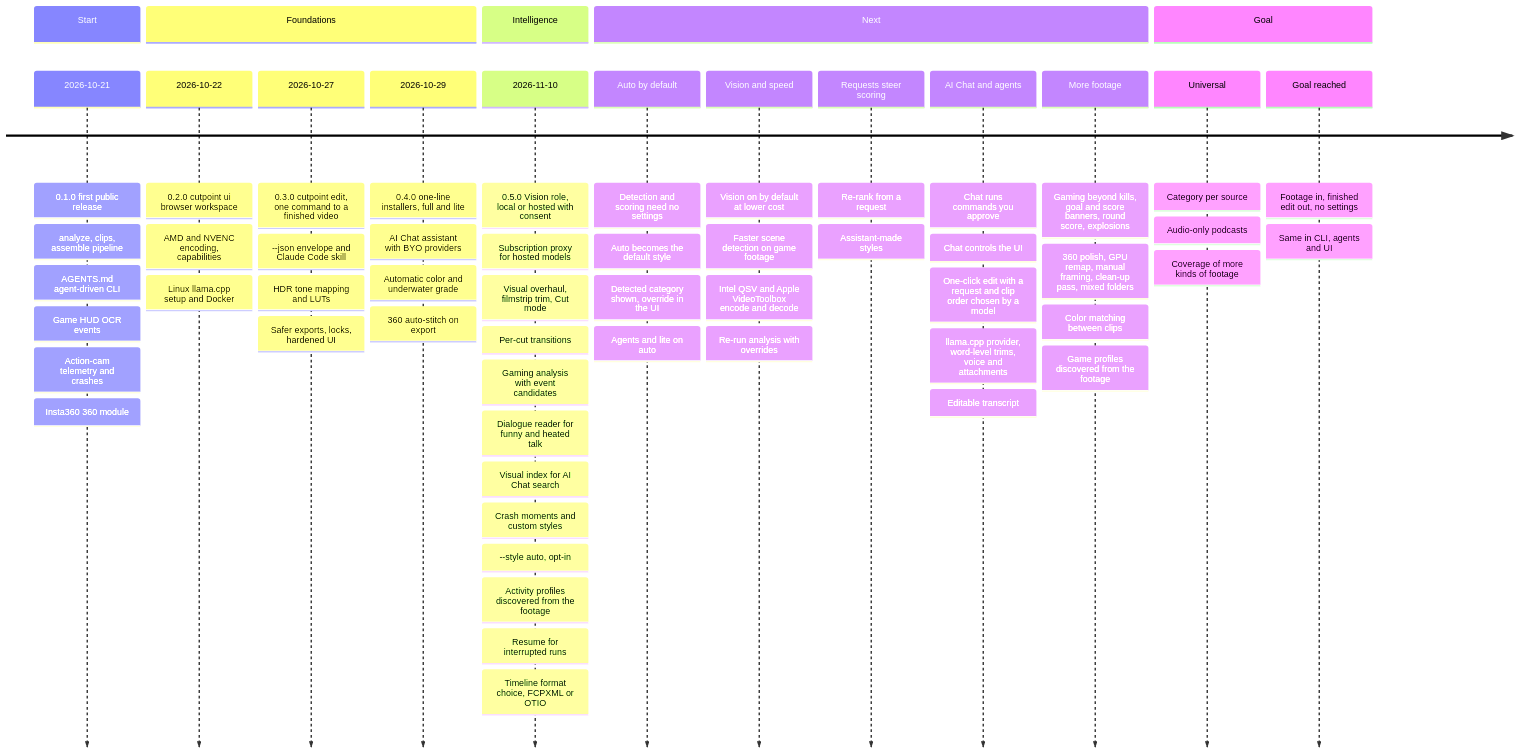
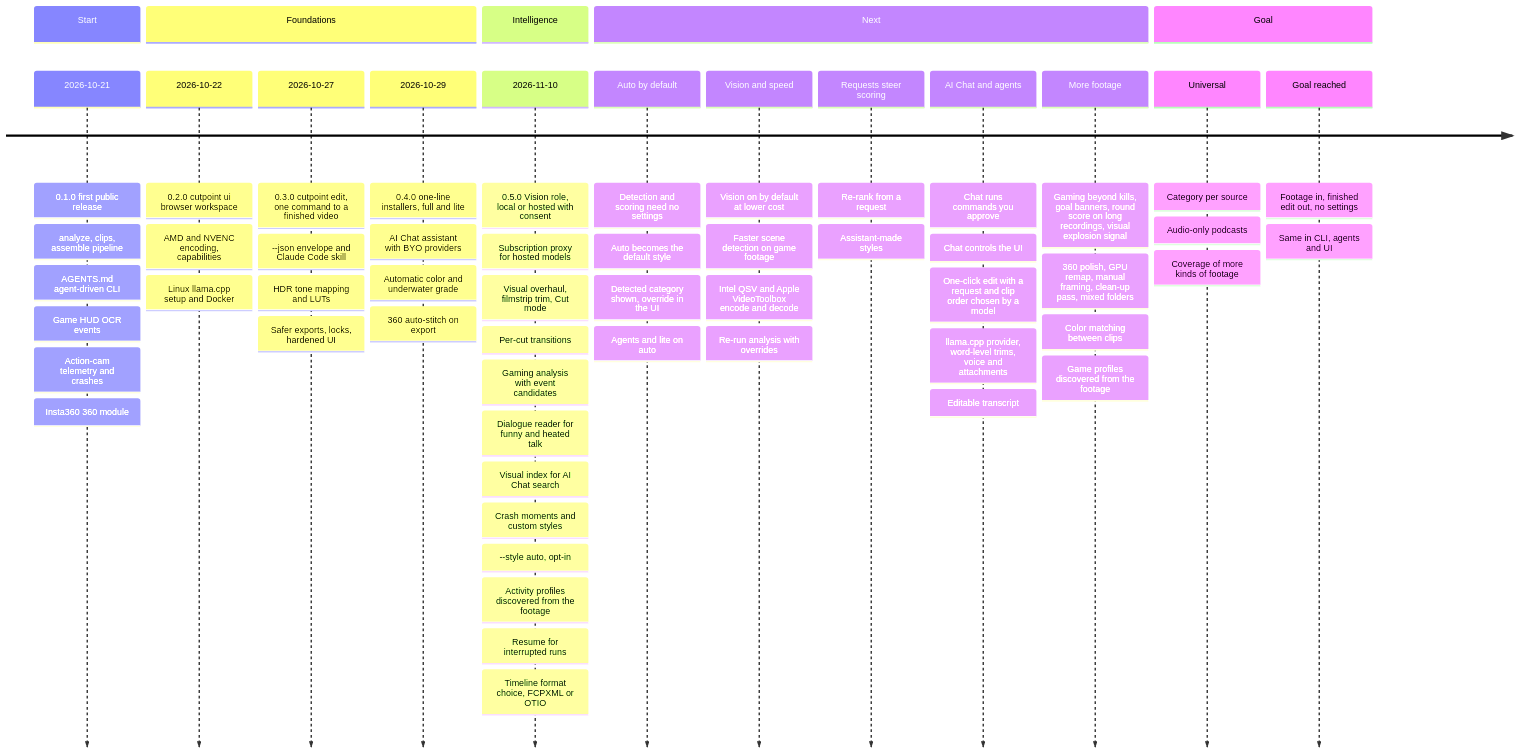
The diagram in docs/roadmap.md (FerventOrange/cutpoint), drawn with Mermaid before and after one commit.

Commit message:
docs/roadmap : name only the open gaming work (#922)

````diff
--- a/docs/roadmap.md
+++ b/docs/roadmap.md
@@ -9,64 +9,64 @@
 ```mermaid
 ---
 title: "Cutpoint: from inception to the universal AI footage editor"
 ---
 timeline
     section Start
         2026-10-21 : 0.1.0 first public release
                    : analyze, clips, assemble pipeline
                    : AGENTS.md agent-driven CLI
                    : Game HUD OCR events
                    : Action-cam telemetry and crashes
                    : Insta360 360 module
     section Foundations
         2026-10-22 : 0.2.0 cutpoint ui browser workspace
                    : AMD and NVENC encoding, capabilities
                    : Linux llama.cpp setup and Docker
         2026-10-27 : 0.3.0 cutpoint edit, one command to a finished video
                    : --json envelope and Claude Code skill
                    : HDR tone mapping and LUTs
                    : Safer exports, locks, hardened UI
         2026-10-29 : 0.4.0 one-line installers, full and lite
                    : AI Chat assistant with BYO providers
                    : Automatic color and underwater grade
                    : 360 auto-stitch on export
     section Intelligence
         2026-11-10 : 0.5.0 Vision role, local or hosted with consent
                    : Subscription proxy for hosted models
                    : Visual overhaul, filmstrip trim, Cut mode
                    : Per-cut transitions
                    : Gaming analysis with event candidates
                    : Dialogue reader for funny and heated talk
                    : Visual index for AI Chat search
                    : Crash moments and custom styles
                    : --style auto, opt-in
                    : Activity profiles discovered from the footage
                    : Resume for interrupted runs
                    : Timeline format choice, FCPXML or OTIO
     section Next
         Auto by default : Detection and scoring need no settings
                         : Auto becomes the default style
                         : Detected category shown, override in the UI
                         : Agents and lite on auto
         Vision and speed : Vision on by default at lower cost
                          : Faster scene detection on game footage
                          : Intel QSV and Apple VideoToolbox encode and decode
                          : Re-run analysis with overrides
         Requests steer scoring : Re-rank from a request
                                : Assistant-made styles
         AI Chat and agents : Chat runs commands you approve
                            : Chat controls the UI
                            : One-click edit with a request and clip order chosen by a model
                            : llama.cpp provider, word-level trims, voice and attachments
                            : Editable transcript
-        More footage : Gaming beyond kills, goal and score banners, round score, explosions
+        More footage : Gaming beyond kills, goal banners, round score on long recordings, visual explosion signal
                      : 360 polish, GPU remap, manual framing, clean-up pass, mixed folders
                      : Color matching between clips
                      : Game profiles discovered from the footage
     section Goal
         Universal : Category per source
                   : Audio-only podcasts
                   : Coverage of more kinds of footage
         Goal reached : Footage in, finished edit out, no settings
                      : Same in CLI, agents and UI
 ```
````
